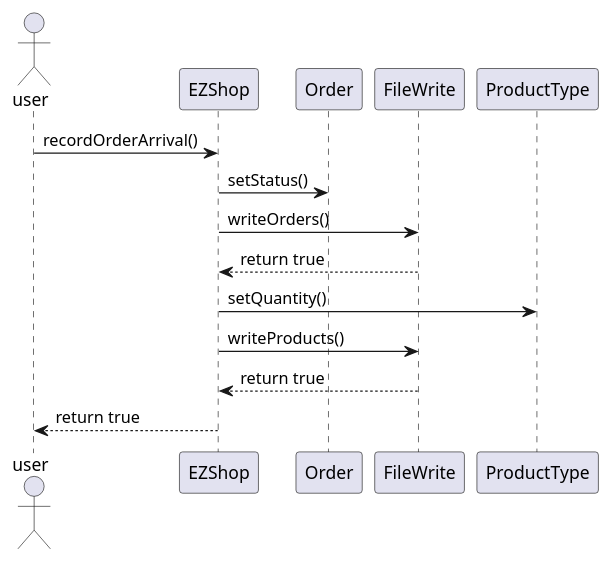
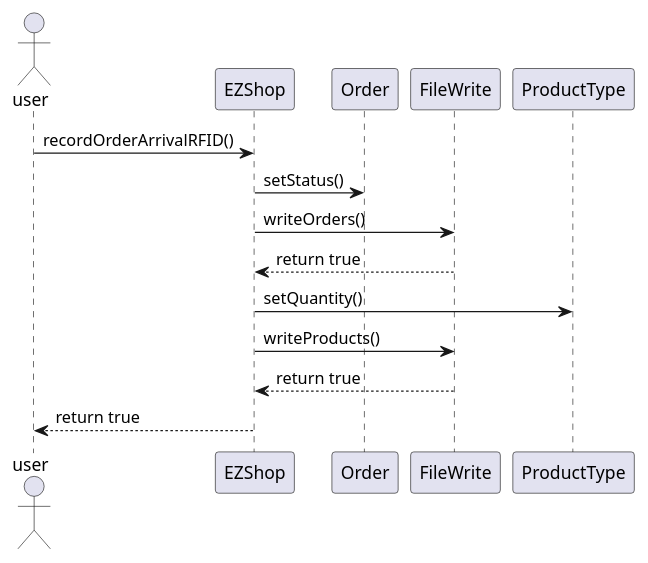
One commit to giuseppesalvi/ezshop changed diagram 11 of 28 in Deliverables/DesignDocument.md. Above: the diagram before and after it, drawn with PlantUML. The commit also changed other lines of this file, not shown here.

````diff
--- a/Deliverables/DesignDocument.md
+++ b/Deliverables/DesignDocument.md
@@ -444,16 +454,16 @@
 ```plantuml
 @startuml
 actor user
 participant EZShop
 participant Order
 participant FileWrite
-user -> EZShop : recordOrderArrival()
+user -> EZShop : recordOrderArrivalRFID()
 EZShop -> Order : setStatus()
 EZShop -> FileWrite : writeOrders()
 EZShop <-- FileWrite : return true
 EZShop -> ProductType : setQuantity()
 EZShop -> FileWrite : writeProducts()
 EZShop <-- FileWrite : return true
 user <-- EZShop : return true
 @enduml
 ```
````
